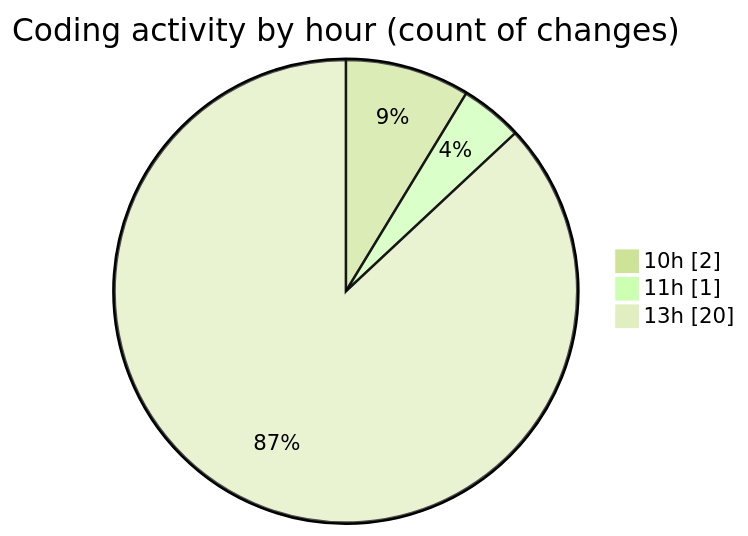
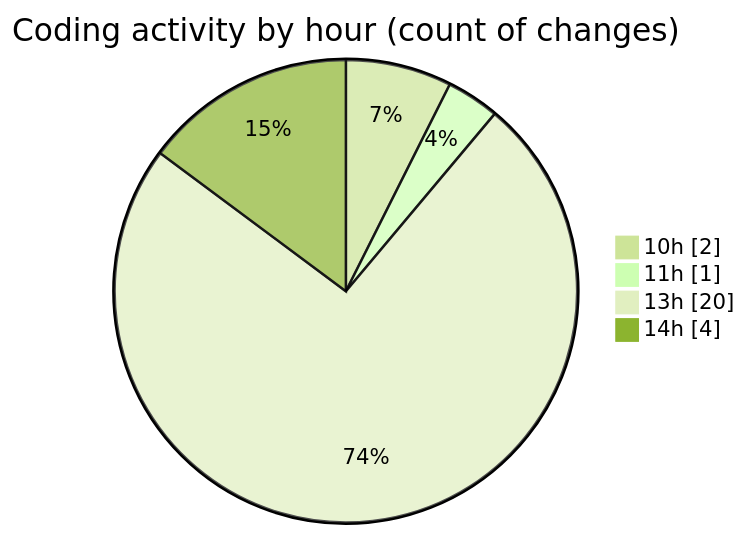
Before and after one commit to nxtqubesakshisongat/code-tracking: the second of 2 diagrams in 2026-03-03/nxtqube_webapp/README.md, drawn with Mermaid (forest theme). The commit also changed other lines of this file and 1 other file, not shown here.

````diff
--- a/2026-03-03/nxtqube_webapp/README.md
+++ b/2026-03-03/nxtqube_webapp/README.md
@@ -37,7 +38,8 @@
 ```mermaid
 pie showData
 title Coding activity by hour (count of changes)
 "10h" : 2
 "11h" : 1
 "13h" : 20
+"14h" : 4
 ```
````
